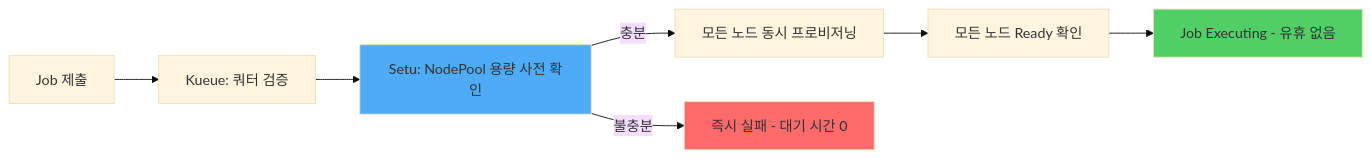
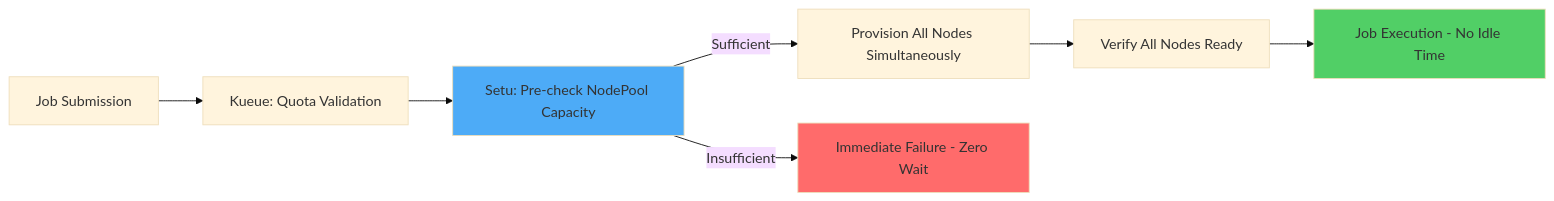
Diagram 14 of 16 in i18n/en/docusaurus-plugin-content-docs/current/eks-best-practices/resource-cost/eks-resource-optimization.md (devfloor9/engineering-playbook), drawn with Mermaid (base theme) before and after one commit. The commit also changed other lines of this file, not shown here.

````diff
--- a/i18n/en/docusaurus-plugin-content-docs/current/eks-best-practices/resource-cost/eks-resource-optimization.md
+++ b/i18n/en/docusaurus-plugin-content-docs/current/eks-best-practices/resource-cost/eks-resource-optimization.md
@@ -4353,13 +4353,13 @@
 ```mermaid
 graph LR
-    A[Job 제출] --> B[Kueue: 쿼터 검증]
-    B --> C[Setu: NodePool 용량 사전 확인]
-    C -->|충분| D[모든 노드 동시 프로비저닝]
-    C -->|불충분| E[즉시 실패 - 대기 시간 0]
-    D --> F[모든 노드 Ready 확인]
-    F --> G[Job Executing - 유휴 없음]
+    A[Job Submission] --> B[Kueue: Quota Validation]
+    B --> C[Setu: Pre-check NodePool Capacity]
+    C -->|Sufficient| D[Provision All Nodes Simultaneously]
+    C -->|Insufficient| E[Immediate Failure - Zero Wait]
+    D --> F[Verify All Nodes Ready]
+    F --> G[Job Execution - No Idle Time]
 
     style C fill:#4dabf7
     style G fill:#51cf66
     style E fill:#ff6b6b
 ```
````
